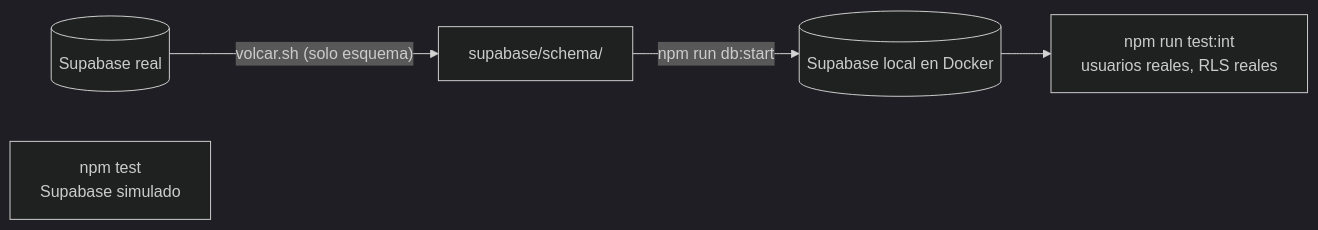
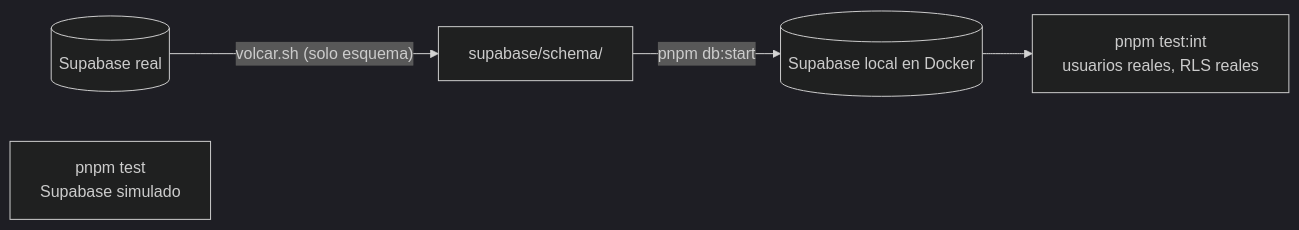
One commit to mchssj/v34frag changed the third of 3 diagrams in docs/bitacora/2026-10-14-backend-base-auth-perfil/DOCUMENTACION.md. Above: the diagram before and after it, drawn with Mermaid (dark theme). The commit also changed other lines of this file and 18 other files, not shown here.

````diff
--- a/docs/bitacora/2026-10-14-backend-base-auth-perfil/DOCUMENTACION.md
+++ b/docs/bitacora/2026-10-14-backend-base-auth-perfil/DOCUMENTACION.md
@@ -143,7 +143,7 @@
 ```mermaid
 flowchart LR
   R[(Supabase real)] -->|"volcar.sh (solo esquema)"| S["supabase/schema/"]
-  S -->|"npm run db:start"| L[(Supabase local en Docker)]
-  L --> I["npm run test:int<br/>usuarios reales, RLS reales"]
-  U["npm test<br/>Supabase simulado"]
+  S -->|"pnpm db:start"| L[(Supabase local en Docker)]
+  L --> I["pnpm test:int<br/>usuarios reales, RLS reales"]
+  U["pnpm test<br/>Supabase simulado"]
 ```
````
